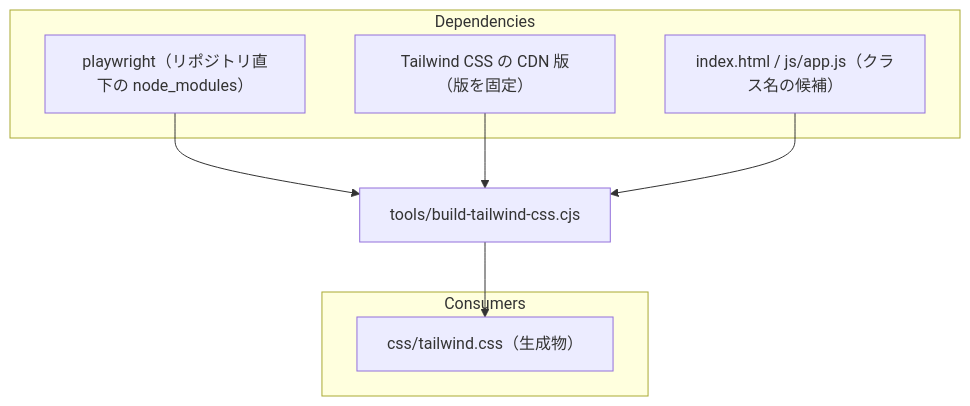
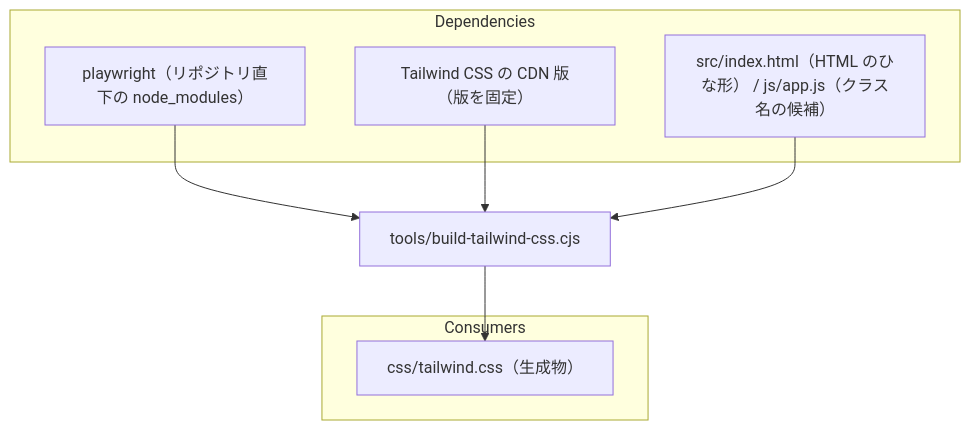
The diagram in doc/3.implementation/tools/build-tailwind-css.cjs.md (prankster-freedom/Lucivo), drawn with Mermaid before and after one commit. The commit also changed 10 other files, not shown here.

````diff
--- a/doc/3.implementation/tools/build-tailwind-css.cjs.md
+++ b/doc/3.implementation/tools/build-tailwind-css.cjs.md
@@ -13,16 +13,16 @@
 ```mermaid
 flowchart TD
   subgraph Dependencies
     pw["playwright（リポジトリ直下の node_modules）"]
     cdn["Tailwind CSS の CDN 版（版を固定）"]
-    src["index.html / js/app.js（クラス名の候補）"]
+    src["src/index.html（HTML のひな形） / js/app.js（クラス名の候補）"]
   end
   tool["tools/build-tailwind-css.cjs"]
   pw --> tool
   cdn --> tool
   src --> tool
   subgraph Consumers
     css["css/tailwind.css（生成物）"]
   end
   tool --> css
 ```
````
